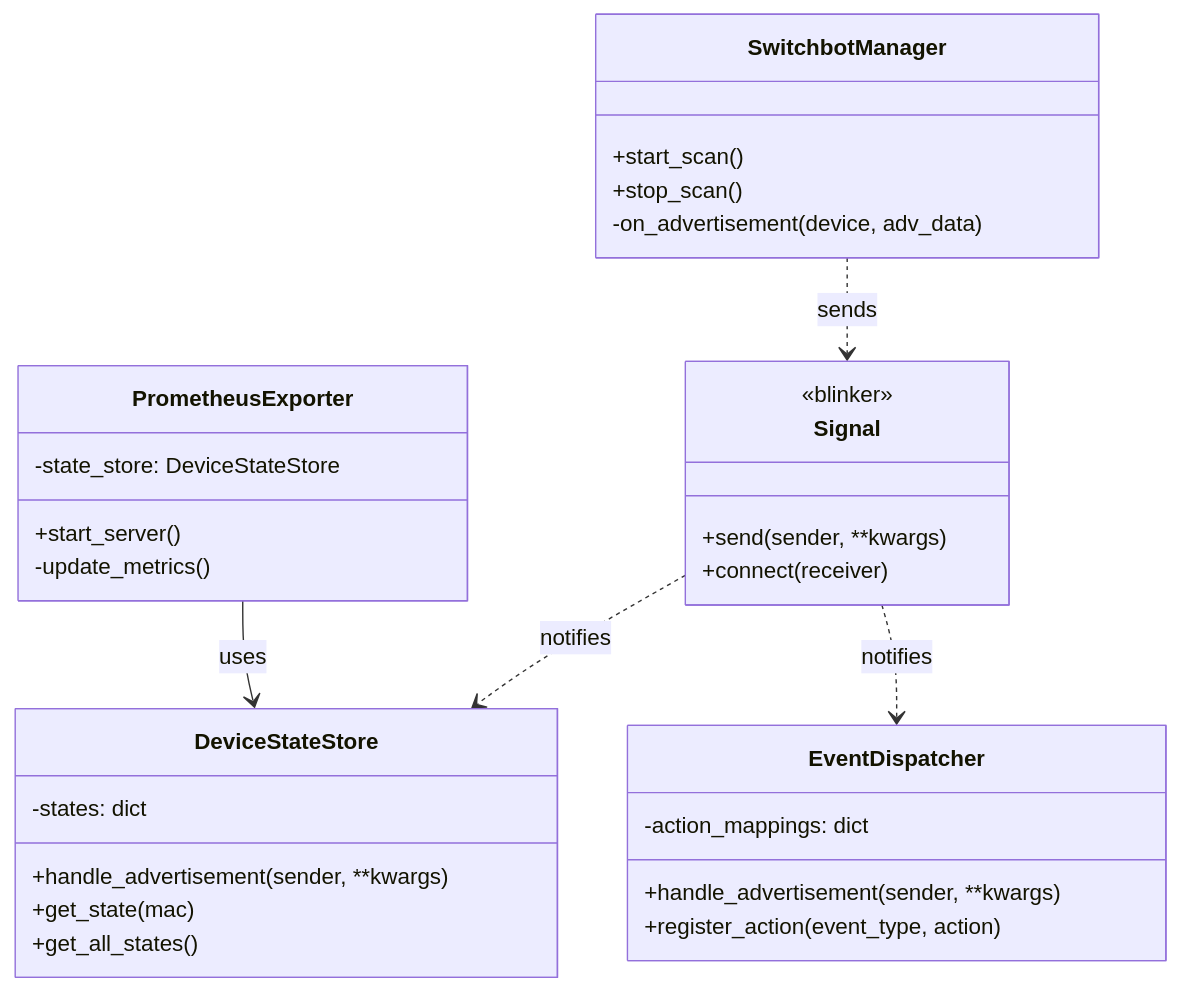
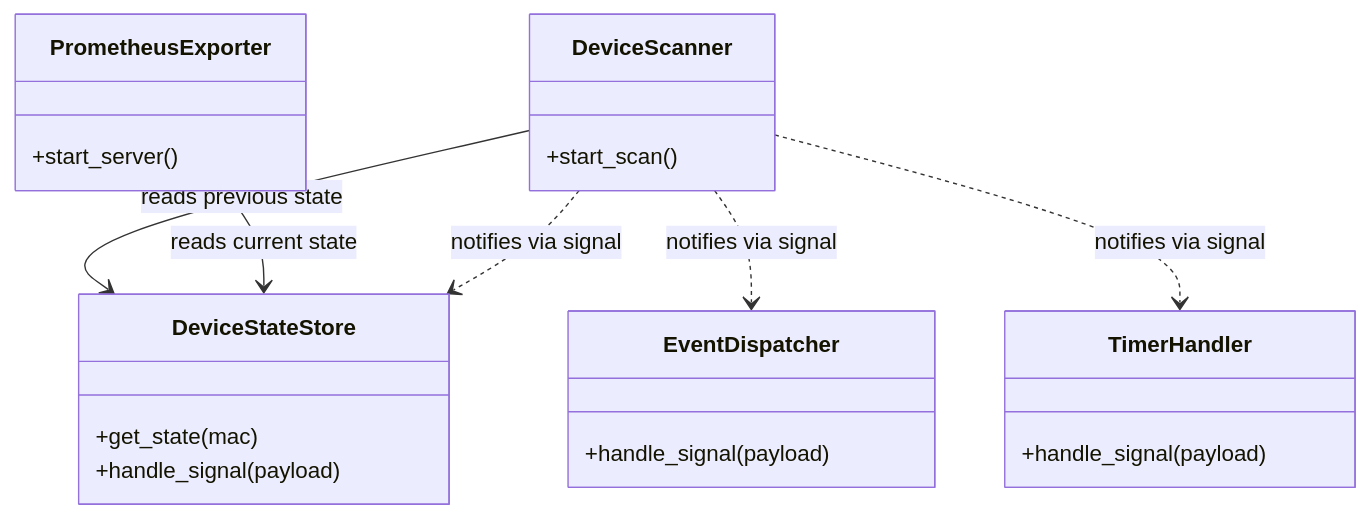
The diagram in docs/specification.md (hnw/switchbot-actions), drawn with Mermaid before and after one commit. The commit also changed other lines of this file and 20 other files, not shown here.

First line of the commit message:
feat: Add time-based timer automation and refactor architecture

`````diff
--- a/docs/specification.md
+++ b/docs/specification.md
@@ -23,38 +21,26 @@
 ```mermaid
 classDiagram
-    class SwitchbotManager {
+    class DeviceScanner {
         +start_scan()
-        +stop_scan()
-        -on_advertisement(device, adv_data)
+    }
+    class DeviceStateStore {
+        +get_state(mac)
+        +handle_signal(payload)
+    }
+    class EventDispatcher {
+        +handle_signal(payload)
+    }
+    class TimerHandler {
+        +handle_signal(payload)
+    }
+    class PrometheusExporter{
+        +start_server()
     }
 
-    class Signal {
-        <<blinker>>
-        +send(sender, **kwargs)
-        +connect(receiver)
-    }
-
-    class DeviceStateStore {
-        -states: dict
-        +handle_advertisement(sender, **kwargs)
-        +get_state(mac)
-        +get_all_states()
-    }
-
-    class PrometheusExporter {
-        -state_store: DeviceStateStore
-        +start_server()
-        -update_metrics()
-    }
-
-    class EventDispatcher {
-        -action_mappings: dict
-        +handle_advertisement(sender, **kwargs)
-        +register_action(event_type, action)
-    }
-
-    SwitchbotManager ..> Signal : sends
-    Signal ..> DeviceStateStore : notifies
-    Signal ..> EventDispatcher : notifies
-    PrometheusExporter --> DeviceStateStore : uses
-```
+    DeviceScanner --> DeviceStateStore : reads previous state
+    PrometheusExporter --> DeviceStateStore : reads current state
+    
+    DeviceScanner ..> EventDispatcher : notifies via signal
+    DeviceScanner ..> DeviceStateStore : notifies via signal
+    DeviceScanner ..> TimerHandler : notifies via signal
+````
`````
